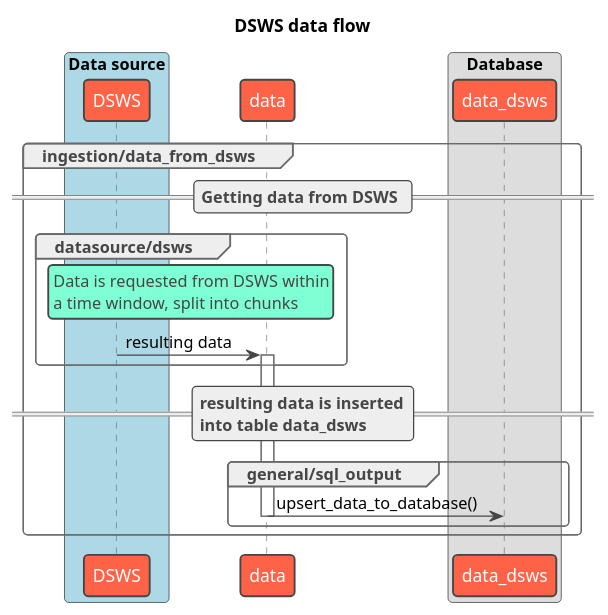
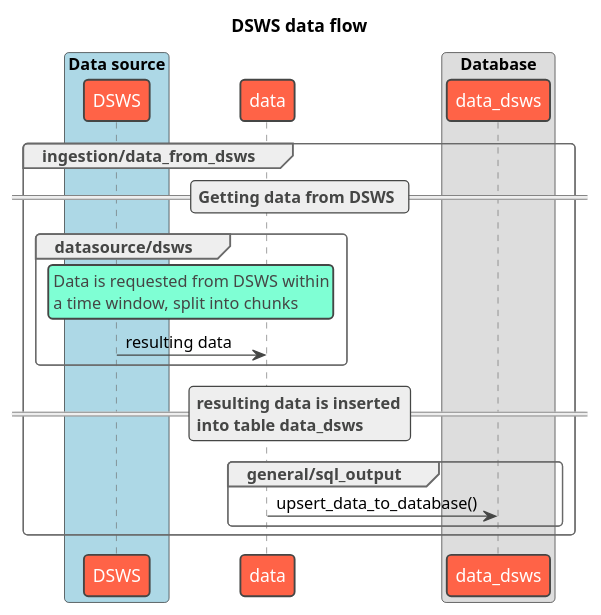
One commit to asklora/DROID_V2.1 changed the diagram in docs/dsws_flow.wsd. Above: the diagram before and after it, drawn with PlantUML. The commit also changed 2 other files, not shown here.

Commit message:
updated flows

```diff
--- a/docs/dsws_flow.wsd
+++ b/docs/dsws_flow.wsd
@@ -1,39 +1,37 @@
 @startuml dsws
 
 title "DSWS data flow"
 
 !theme vibrant
 
 skinparam shadowing false
 skinparam defaultFontName Ubuntu
 
 box "Data source" #LightBlue
 participant DSWS
 end box
 participant data
 box "Database"
 participant data_dsws
 
 group ingestion/data_from_dsws
     == Getting data from DSWS ==
 
     group datasource/dsws
         rnote over DSWS, data
         Data is requested from DSWS within
         a time window, split into chunks
         end note
 
         DSWS -> data : resulting data
-        activate data
     end
 
     == resulting data is inserted\ninto table data_dsws ==
 
     group general/sql_output
         data -> data_dsws : upsert_data_to_database()
-        deactivate data
     end
 
 end
 
 @enduml
```
